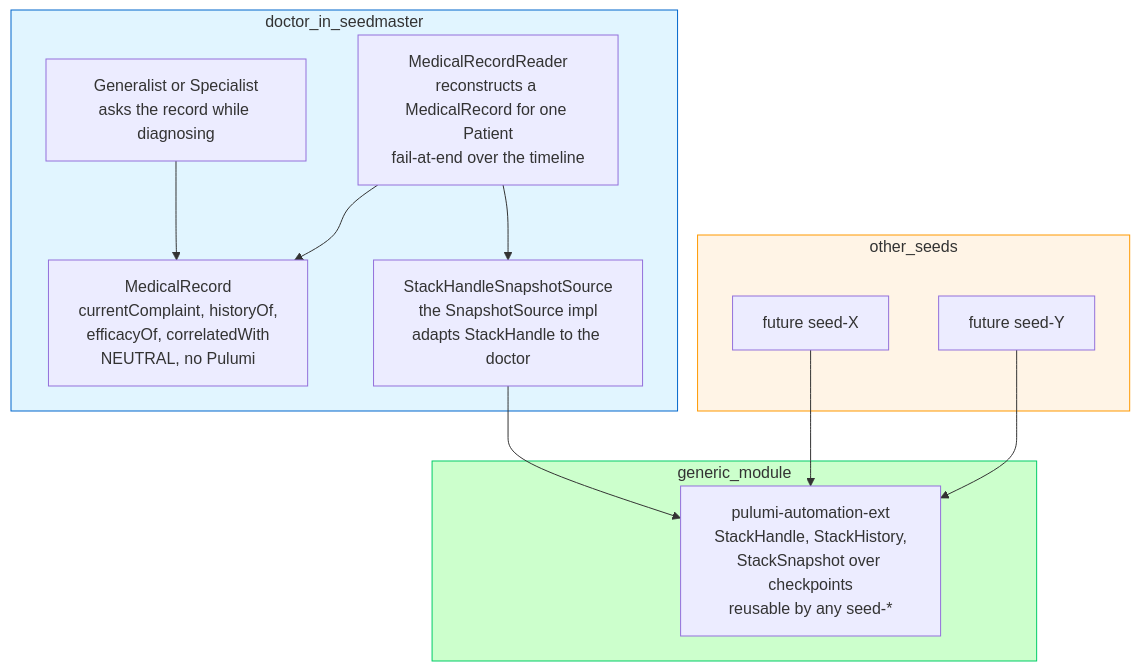
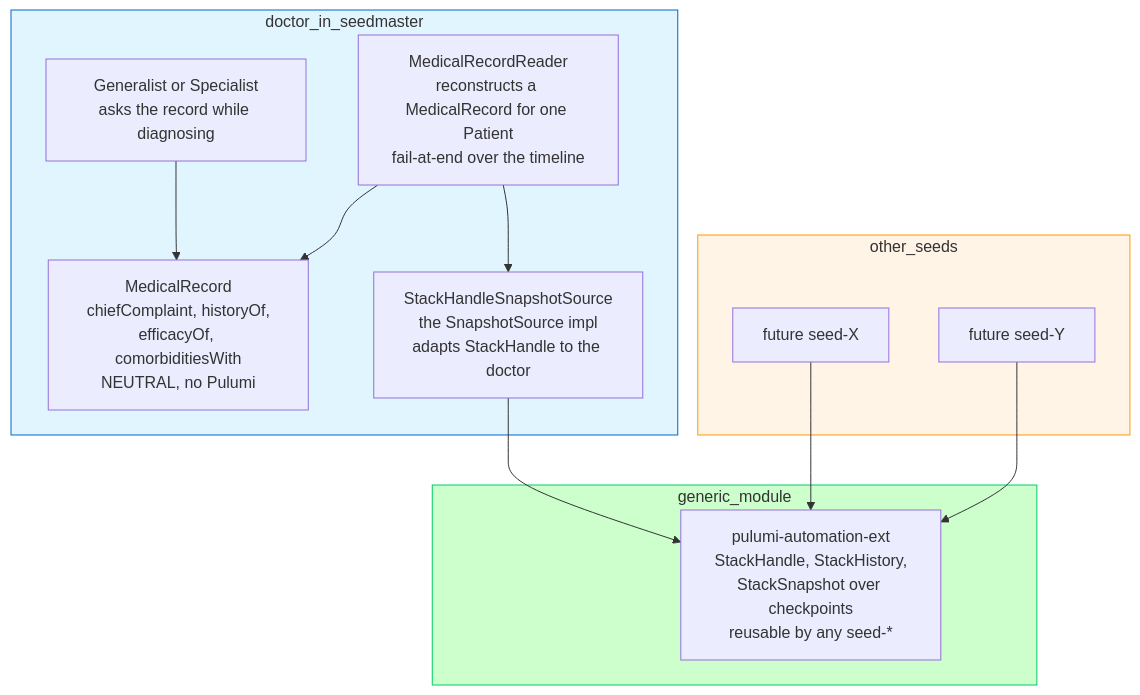
The second of 5 diagrams in docs/architecture/doctor/medical-record-query-api-design.adoc (nxmatic/rke2lab), drawn with Mermaid before and after one commit. The commit also changed other lines of this file and 62 other files, not shown here.

First line of the commit message:
feat(doctor): clinical-vocabulary refactor + wire live MedicalRecord into the doctor

```diff
--- a/docs/architecture/doctor/medical-record-query-api-design.adoc
+++ b/docs/architecture/doctor/medical-record-query-api-design.adoc
@@ -145,27 +145,27 @@
 [mermaid]
 ----
 graph TB
     subgraph doctor_in_seedmaster
         GEN["Generalist or Specialist<br/>asks the record while diagnosing"]
-        API["MedicalRecord<br/>currentComplaint, historyOf,<br/>efficacyOf, correlatedWith<br/>NEUTRAL, no Pulumi"]
+        API["MedicalRecord<br/>chiefComplaint, historyOf,<br/>efficacyOf, comorbiditiesWith<br/>NEUTRAL, no Pulumi"]
         READER["MedicalRecordReader<br/>reconstructs a MedicalRecord for one Patient<br/>fail-at-end over the timeline"]
         SRC["StackHandleSnapshotSource<br/>the SnapshotSource impl<br/>adapts StackHandle to the doctor"]
     end
     subgraph generic_module
         EXT["pulumi-automation-ext<br/>StackHandle, StackHistory,<br/>StackSnapshot over checkpoints<br/>reusable by any seed-*"]
     end
     subgraph other_seeds
         S2["future seed-X"]
         S3["future seed-Y"]
     end
     GEN --> API
     READER --> API
     READER --> SRC
     SRC --> EXT
     S2 --> EXT
     S3 --> EXT
 
     style doctor_in_seedmaster fill:#e1f5ff,stroke:#0066cc
     style generic_module fill:#ccffcc,stroke:#00cc66
     style other_seeds fill:#fff4e6,stroke:#ff9900
 ----
```
